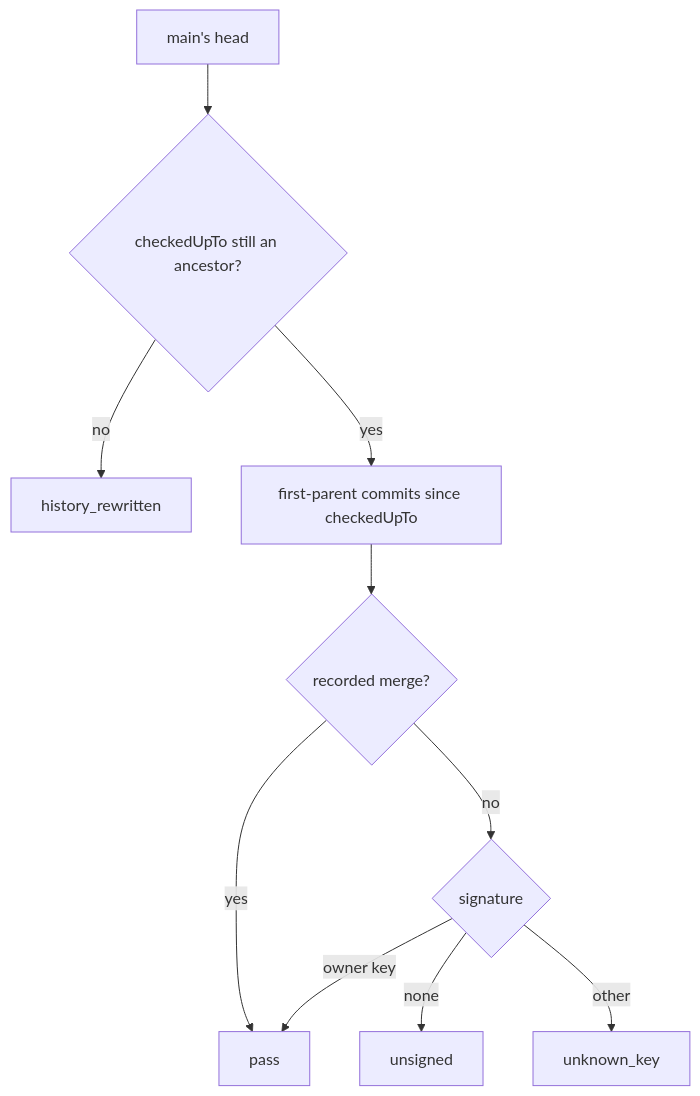
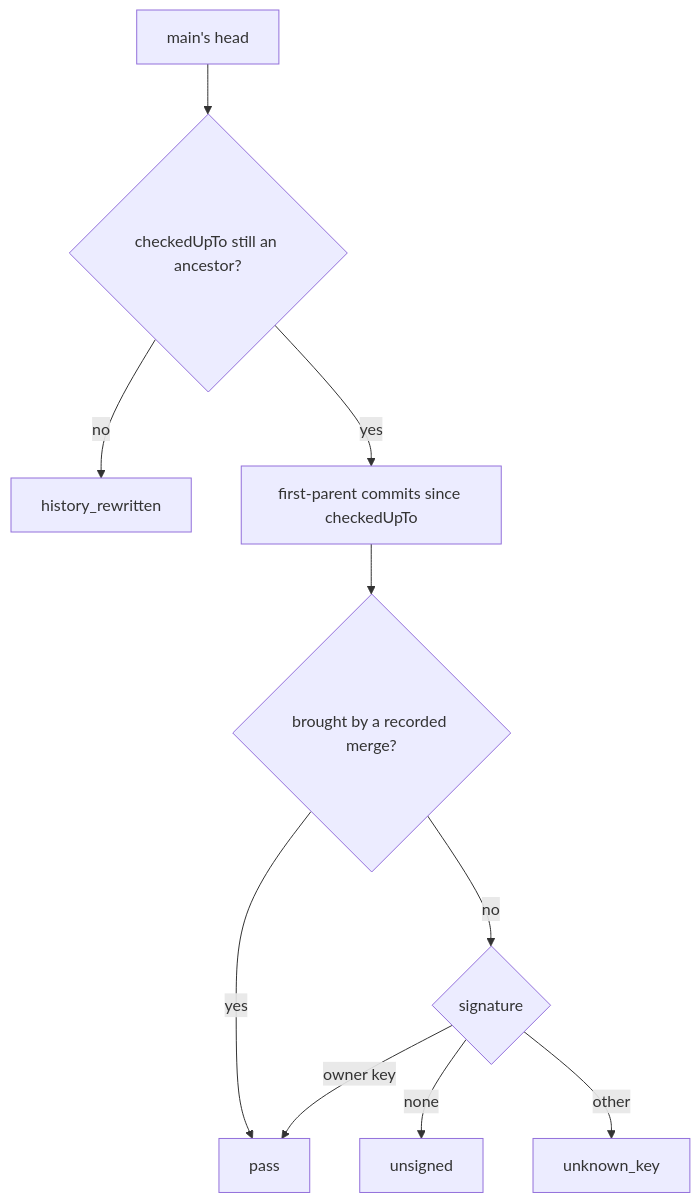
Before and after one commit to shinyredapples/intakt: the diagram in docs/architecture/watchdog.md, drawn with Mermaid. The commit also changed other lines of this file and 2 other files, not shown here.

Commit message:
docs(watchdog): describe recorded merges as base and head and what they cover

````diff
--- a/docs/architecture/watchdog.md
+++ b/docs/architecture/watchdog.md
@@ -19,12 +19,12 @@
 ```mermaid
 flowchart TD
     A[main's head] --> B{"checkedUpTo still an ancestor?"}
     B -- no --> R[history_rewritten]
     B -- yes --> C[first-parent commits since checkedUpTo]
-    C --> D{recorded merge?}
+    C --> D{"brought by a recorded merge?"}
     D -- yes --> P[pass]
     D -- no --> E{signature}
     E -- owner key --> P
     E -- none --> U[unsigned]
     E -- other --> K[unknown_key]
 ```
````
